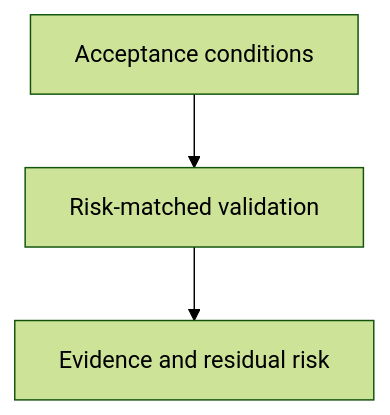
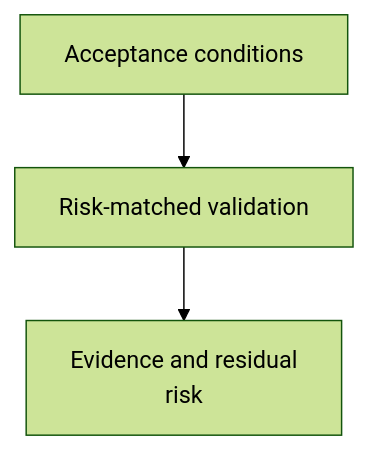
Before and after one commit to abstract-business-systems/as-is: the diagram in skills/verification-discipline/as-is.md, drawn with Mermaid (forest theme). The commit also changed 47 other files, not shown here.

Commit message:
docs(diagrams): improve Mermaid readability validation

````diff
--- a/skills/verification-discipline/as-is.md
+++ b/skills/verification-discipline/as-is.md
@@ -19,5 +19,5 @@
 ```mermaid
 flowchart TD
     A["Acceptance conditions"] --> B["Risk-matched validation"]
-    B --> C["Evidence and residual risk"]
+    B --> C["Evidence and residual<br/>risk"]
 ```
````
